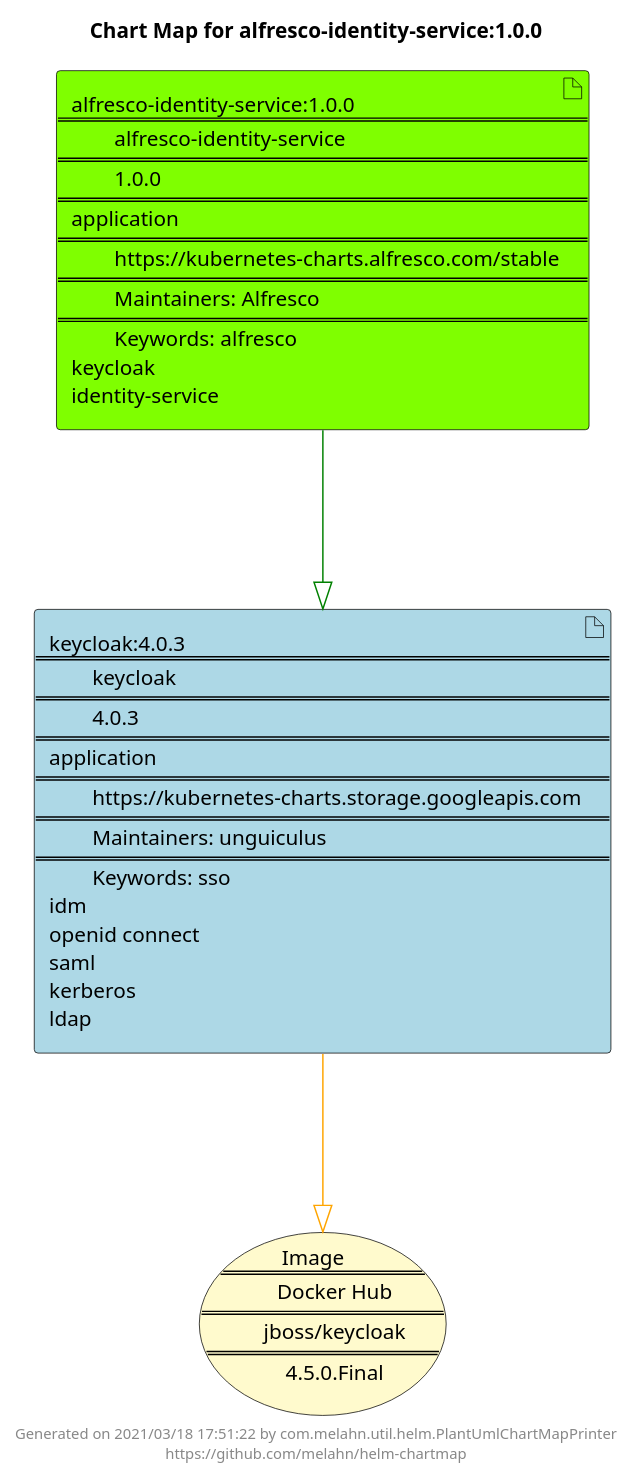
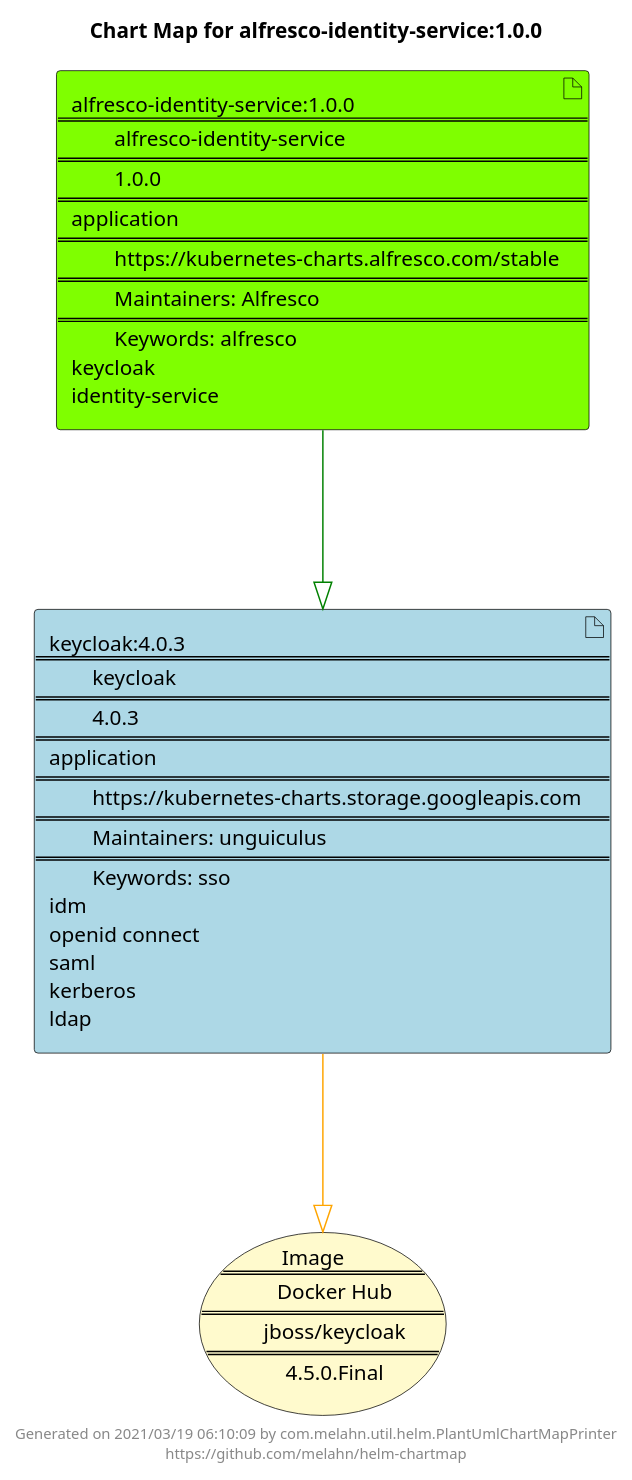
Before and after one commit to melahn/helm-chartmap: the diagram in docs/alfresco-identity-service/alfresco-identity-service-1.0.0.puml, drawn with PlantUML. The commit also changed 29 other files, not shown here.

Commit message:
Regenerate chart examples

```diff
--- a/docs/alfresco-identity-service/alfresco-identity-service-1.0.0.puml
+++ b/docs/alfresco-identity-service/alfresco-identity-service-1.0.0.puml
@@ -1,23 +1,23 @@
 @startuml
 skinparam linetype ortho
 skinparam backgroundColor white
 skinparam usecaseBorderColor black
 skinparam usecaseArrowColor LightSlateGray
 skinparam artifactBorderColor black
 skinparam artifactArrowColor LightSlateGray
 
 title Chart Map for alfresco-identity-service:1.0.0
 
 'There are 2 referenced Helm Charts
 artifact "keycloak:4.0.3\n====\n\tkeycloak\n====\n\t4.0.3\n====\napplication\n====\n\thttps://kubernetes-charts.storage.googleapis.com\n====\n\tMaintainers: unguiculus\n====\n\tKeywords: sso\nidm\nopenid connect\nsaml\nkerberos\nldap" as keycloak_4_0_3 #LightBlue
 artifact "alfresco-identity-service:1.0.0\n====\n\talfresco-identity-service\n====\n\t1.0.0\n====\napplication\n====\n\thttps://kubernetes-charts.alfresco.com/stable\n====\n\tMaintainers: Alfresco\n====\n\tKeywords: alfresco\nkeycloak\nidentity-service" as alfresco_identity_service_1_0_0 #Chartreuse
 
 'There is one referenced Docker Image
 usecase "Image\n====\n\tDocker Hub\n====\n\tjboss/keycloak\n====\n\t4.5.0.Final" as jboss_keycloak_4_5_0_Final #LemonChiffon
 
 'Chart Dependencies
 alfresco_identity_service_1_0_0--[#green]-|>keycloak_4_0_3
 keycloak_4_0_3--[#orange]-|>jboss_keycloak_4_5_0_Final
 
-center footer Generated on 2021/03/18 17:51:22 by com.melahn.util.helm.PlantUmlChartMapPrinter\nhttps://github.com/melahn/helm-chartmap
+center footer Generated on 2021/03/19 06:10:09 by com.melahn.util.helm.PlantUmlChartMapPrinter\nhttps://github.com/melahn/helm-chartmap
 @enduml
```
